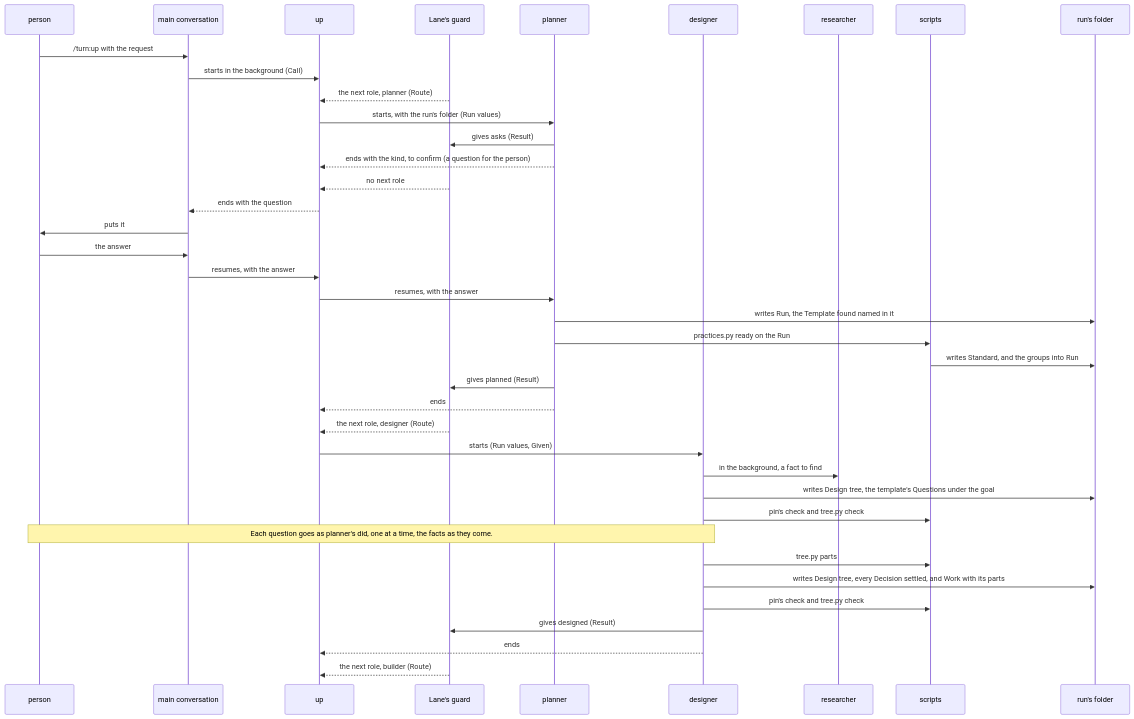
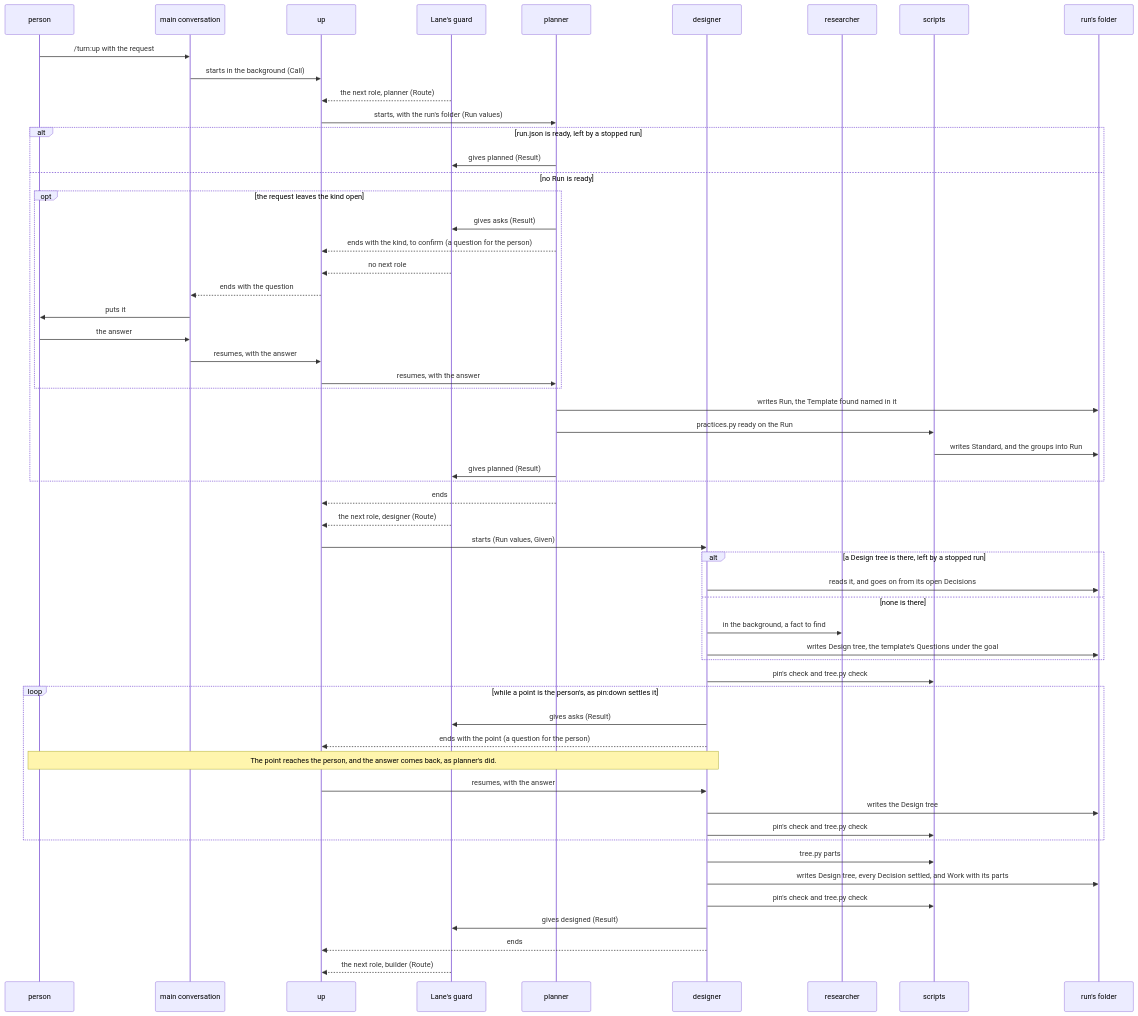
One commit to lovaizu/ccpm changed the third of 9 diagrams in dev/turn/architecture.md. Above: the diagram before and after it, drawn with Mermaid. The commit also changed other lines of this file and 4 other files, not shown here.

````diff
--- a/dev/turn/architecture.md
+++ b/dev/turn/architecture.md
@@ -375,41 +375,58 @@
 ```mermaid
 sequenceDiagram
   participant P as person
   participant M as main conversation
   participant U as up
   participant G as Lane's guard
   participant PL as planner
   participant D as designer
   participant RS as researcher
   participant S as scripts
   participant F as run's folder
   P->>M: /turn:up with the request
   M->>U: starts in the background (Call)
   G-->>U: the next role, planner (Route)
   U->>PL: starts, with the run's folder (Run values)
-  PL->>G: gives asks (Result)
-  PL-->>U: ends with the kind, to confirm (a question for the person)
-  G-->>U: no next role
-  U-->>M: ends with the question
-  M->>P: puts it
-  P->>M: the answer
-  M->>U: resumes, with the answer
-  U->>PL: resumes, with the answer
-  PL->>F: writes Run, the Template found named in it
-  PL->>S: practices.py ready on the Run
-  S->>F: writes Standard, and the groups into Run
-  PL->>G: gives planned (Result)
+  alt run.json is ready, left by a stopped run
+    PL->>G: gives planned (Result)
+  else no Run is ready
+    opt the request leaves the kind open
+      PL->>G: gives asks (Result)
+      PL-->>U: ends with the kind, to confirm (a question for the person)
+      G-->>U: no next role
+      U-->>M: ends with the question
+      M->>P: puts it
+      P->>M: the answer
+      M->>U: resumes, with the answer
+      U->>PL: resumes, with the answer
+    end
+    PL->>F: writes Run, the Template found named in it
+    PL->>S: practices.py ready on the Run
+    S->>F: writes Standard, and the groups into Run
+    PL->>G: gives planned (Result)
+  end
   PL-->>U: ends
   G-->>U: the next role, designer (Route)
   U->>D: starts (Run values, Given)
-  D->>RS: in the background, a fact to find
-  D->>F: writes Design tree, the template's Questions under the goal
+  alt a Design tree is there, left by a stopped run
+    D->>F: reads it, and goes on from its open Decisions
+  else none is there
+    D->>RS: in the background, a fact to find
+    D->>F: writes Design tree, the template's Questions under the goal
+  end
   D->>S: pin's check and tree.py check
-  Note over P,D: Each question goes as planner's did, one at a time, the facts as they come.
+  loop while a point is the person's, as pin:down settles it
+    D->>G: gives asks (Result)
+    D-->>U: ends with the point (a question for the person)
+    Note over P,D: The point reaches the person, and the answer comes back, as planner's did.
+    U->>D: resumes, with the answer
+    D->>F: writes the Design tree
+    D->>S: pin's check and tree.py check
+  end
   D->>S: tree.py parts
   D->>F: writes Design tree, every Decision settled, and Work with its parts
   D->>S: pin's check and tree.py check
   D->>G: gives designed (Result)
   D-->>U: ends
   G-->>U: the next role, builder (Route)
 ```
````
